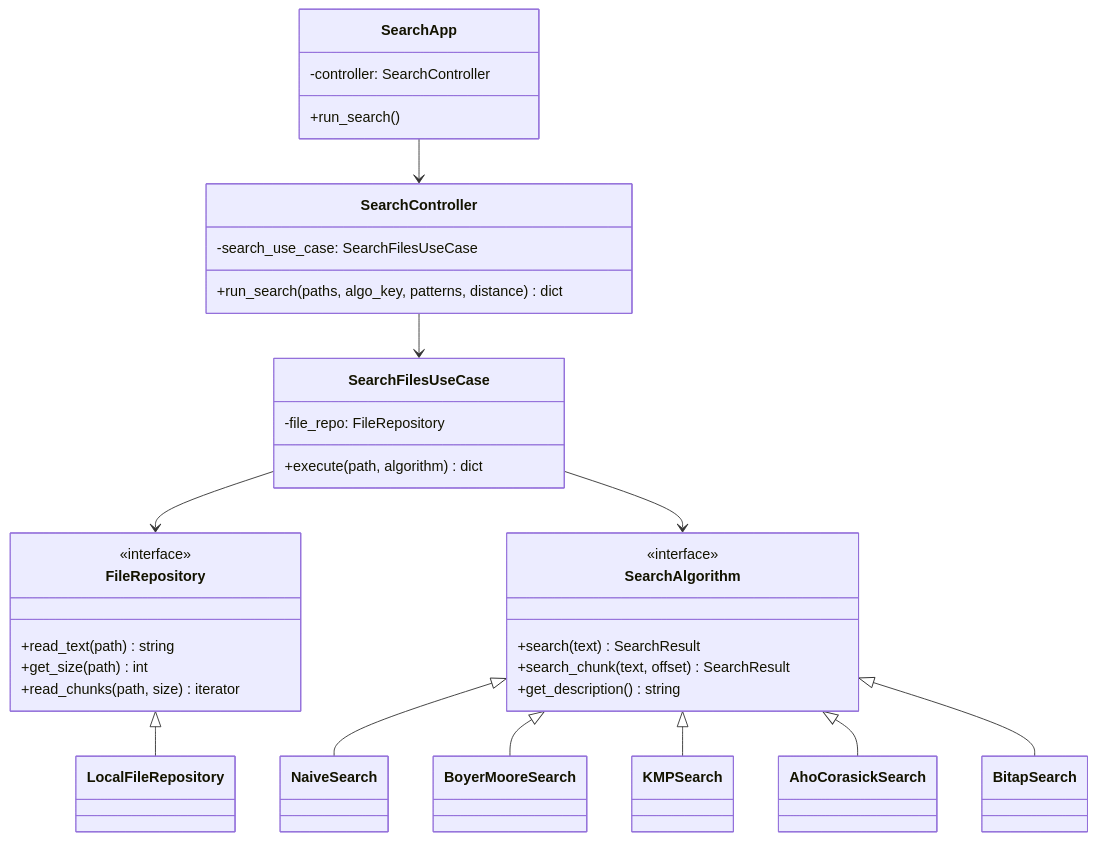
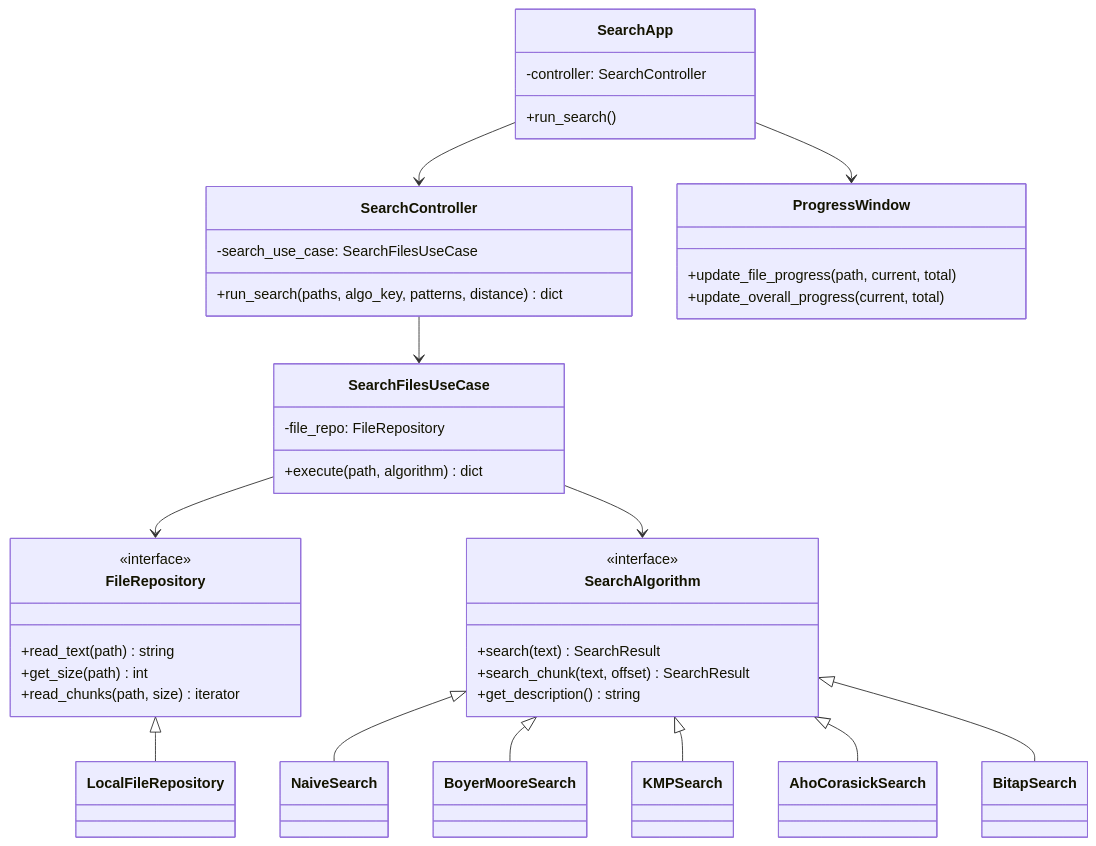
One commit to OKAS-polytech/log_check changed the first of 2 diagrams in doc/internal_design.md. Above: the diagram before and after it, drawn with Mermaid. The commit also changed other lines of this file and 8 other files, not shown here.

First line of the commit message:
Improve UI layout, add algorithm recommendation and detailed progress window

````diff
--- a/doc/internal_design.md
+++ b/doc/internal_design.md
@@ -21,44 +21,50 @@
 ```mermaid
 classDiagram
     class SearchAlgorithm {
         <<interface>>
         +search(text) SearchResult
         +search_chunk(text, offset) SearchResult
         +get_description() string
     }
 
     class FileRepository {
         <<interface>>
         +read_text(path) string
         +get_size(path) int
         +read_chunks(path, size) iterator
     }
 
     class SearchFilesUseCase {
         -file_repo: FileRepository
         +execute(path, algorithm) dict
     }
 
     class SearchController {
         -search_use_case: SearchFilesUseCase
         +run_search(paths, algo_key, patterns, distance) dict
     }
 
     class SearchApp {
         -controller: SearchController
         +run_search()
     }
 
+    class ProgressWindow {
+        +update_file_progress(path, current, total)
+        +update_overall_progress(current, total)
+    }
+
     SearchAlgorithm <|-- NaiveSearch
     SearchAlgorithm <|-- BoyerMooreSearch
     SearchAlgorithm <|-- KMPSearch
     SearchAlgorithm <|-- AhoCorasickSearch
     SearchAlgorithm <|-- BitapSearch
 
     FileRepository <|-- LocalFileRepository
 
     SearchFilesUseCase --> FileRepository
     SearchFilesUseCase --> SearchAlgorithm
     SearchController --> SearchFilesUseCase
     SearchApp --> SearchController
+    SearchApp --> ProgressWindow
 ```
````
